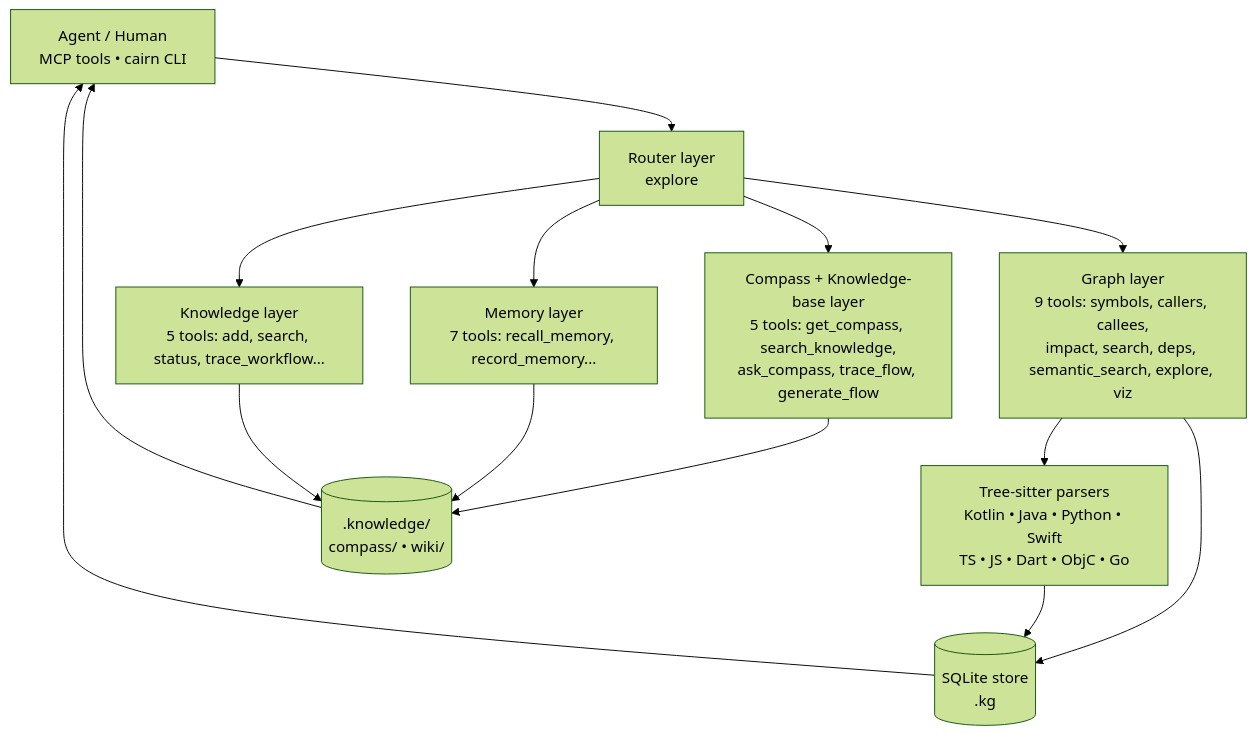
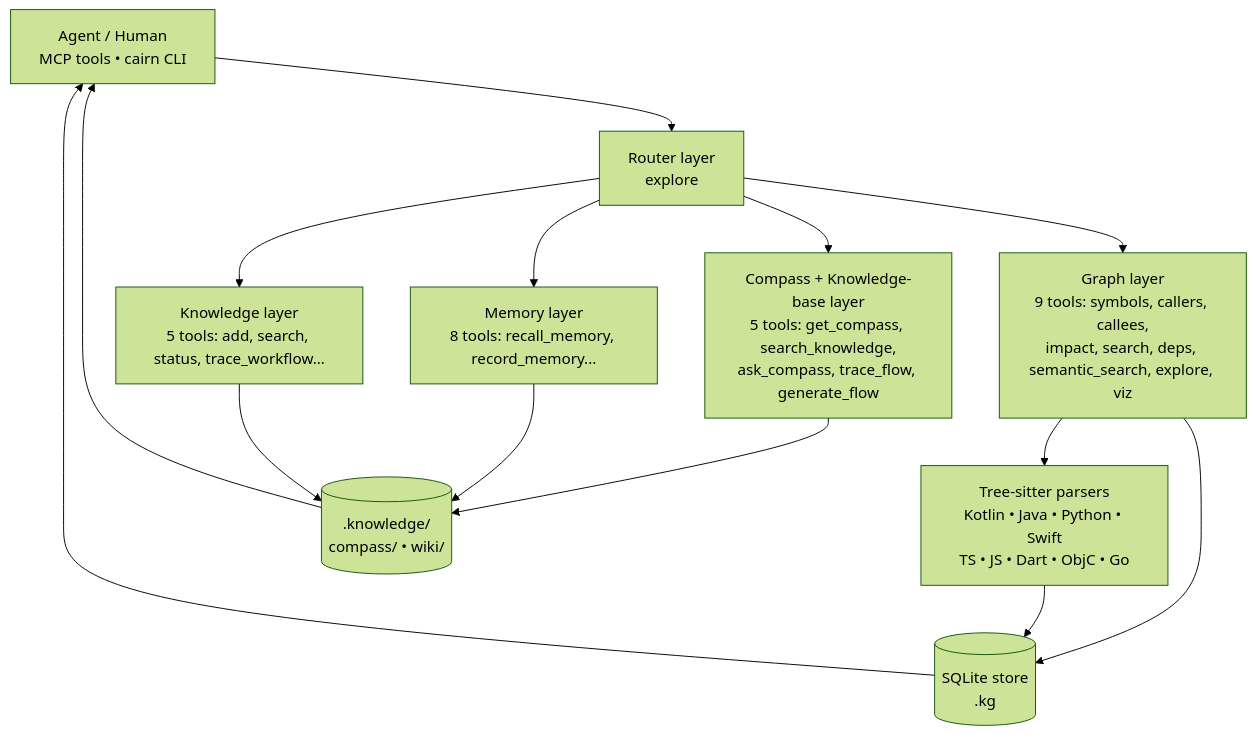
One commit to tanlnm512/cairn changed the first of 2 diagrams in docs/architecture.md. Above: the diagram before and after it, drawn with Mermaid (forest theme). The commit also changed other lines of this file and 34 other files, not shown here.

````diff
--- a/docs/architecture.md
+++ b/docs/architecture.md
@@ -33,16 +33,16 @@
 ```mermaid
 flowchart TD
     A["Agent / Human<br/>MCP tools • cairn CLI"] --> R["Router layer<br/>explore"]
     R --> L1["Graph layer<br/>9 tools: symbols, callers, callees,<br/>impact, search, deps, semantic_search, explore, viz"]
     R --> L2["Compass + Knowledge-base layer<br/>5 tools: get_compass, search_knowledge,<br/>ask_compass, trace_flow, generate_flow"]
-    R --> L4["Memory layer<br/>7 tools: recall_memory, record_memory..."]
+    R --> L4["Memory layer<br/>8 tools: recall_memory, record_memory..."]
     R --> L5["Knowledge layer<br/>5 tools: add, search, status, trace_workflow..."]
     L1 --> P["Tree-sitter parsers<br/>Kotlin • Java • Python • Swift<br/>TS • JS • Dart • ObjC • Go"]
     L1 --> DB[("SQLite store<br/>.kg")]
     L2 --> KB[(".knowledge/<br/>compass/ • wiki/")]
     L4 --> KB
     L5 --> KB
     P --> DB
     DB --> A
     KB --> A
 ```
````
